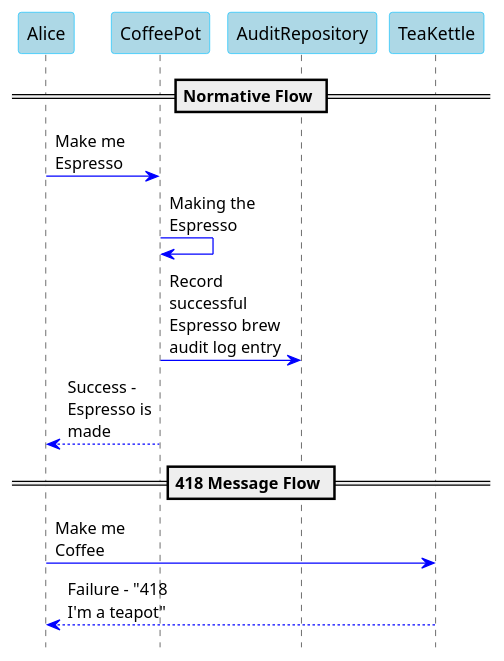
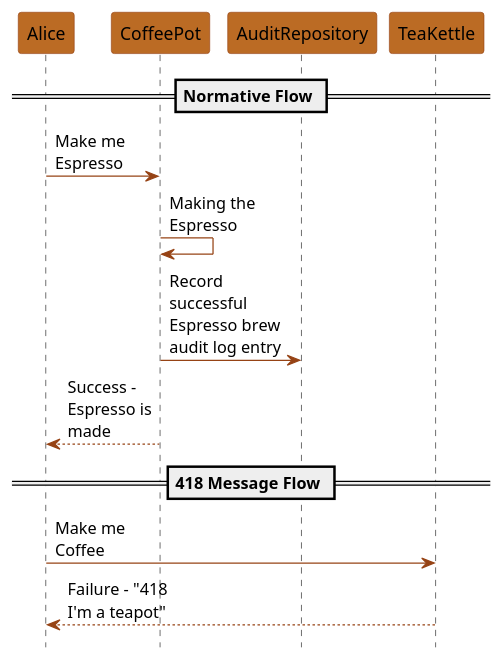
The diagram in input/images-source/brewRequest.plantuml (DavidPyke/HotBeverage), drawn with PlantUML before and after one commit. The commit also changed 15 other files, not shown here.

```diff
--- a/input/images-source/brewRequest.plantuml
+++ b/input/images-source/brewRequest.plantuml
@@ -1,30 +1,30 @@
 @startuml
 hide footbox
 skinparam maxMessageSize 90
 skinparam sequence {
-backgroundColor DeepSkyBlue
-BorderColor DarkSlateGray
-ArrowColor Blue
+backgroundColor #3e1404
+BorderColor #bb6b24
+ArrowColor #964315
 }
 
 skinparam Note {
-BackgroundColor LightBlue
-BorderColor Blue
+BackgroundColor #bb6b24
+BorderColor #6a2b05
 }
 
 skinparam participant {
 FontName Arial
 Style awesome
-BorderColor DeepSkyBlue
-BackgroundColor LightBlue
+BorderColor 964315
+BackgroundColor bb6b24
 }
 
 == Normative Flow ==
 Alice -> CoffeePot: Make me Espresso
 CoffeePot -> CoffeePot: Making the Espresso
 CoffeePot -> AuditRepository: Record successful Espresso brew audit log entry
 CoffeePot --> Alice: Success - Espresso is made
 == 418 Message Flow ==
 Alice -> TeaKettle: Make me Coffee
 Alice <-- TeaKettle: Failure - "418 I'm a teapot"
 @enduml
```
